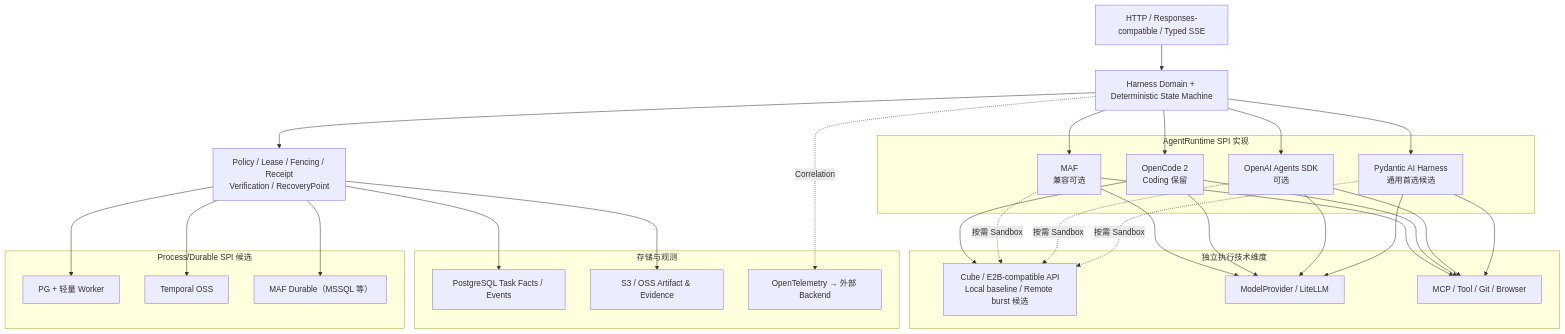
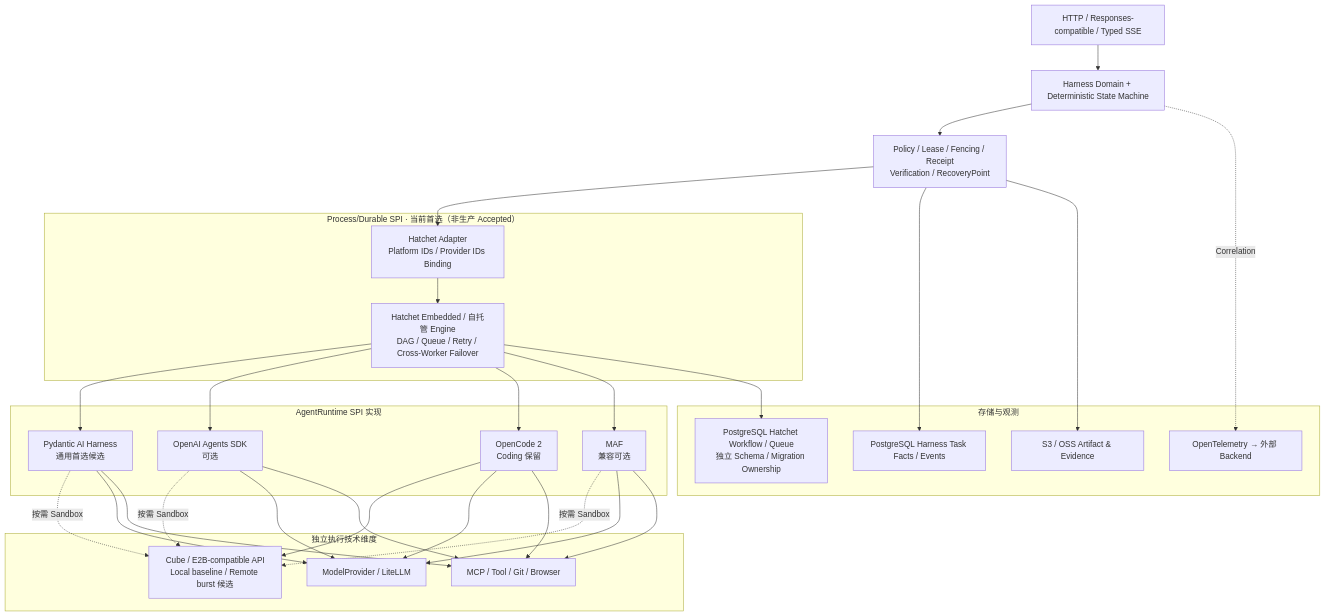
One commit to Bulls1986/Agent-Harness-Platform changed the sixth of 11 diagrams in README.md. Above: the diagram before and after it, drawn with Mermaid. The commit also changed other lines of this file, not shown here.

Commit message:
docs(architecture): align README nine views and durable design to Hatchet; exclude DBOS

````diff
--- a/README.md
+++ b/README.md
@@ -304,37 +310,37 @@
 ```mermaid
 flowchart TB
   HTTP["HTTP / Responses-compatible / Typed SSE"]
   K["Harness Domain + Deterministic State Machine"]
   POLICY["Policy / Lease / Fencing / Receipt\nVerification / RecoveryPoint"]
   subgraph AG["AgentRuntime SPI 实现"]
     PY["Pydantic AI Harness\n通用首选候选"]
     OAI["OpenAI Agents SDK\n可选"]
     OC["OpenCode 2\nCoding 保留"]
     MAF["MAF\n兼容可选"]
   end
-  subgraph PROC["Process/Durable SPI 候选"]
-    PGW["PG + 轻量 Worker"]
-    TEMP["Temporal OSS"]
-    MAFD["MAF Durable（MSSQL 等）"]
+  subgraph PROC["Process/Durable SPI · 当前首选（非生产 Accepted）"]
+    HA["Hatchet Adapter\nPlatform IDs / Provider IDs Binding"]
+    HE["Hatchet Embedded / 自托管 Engine\nDAG / Queue / Retry / Cross-Worker Failover"]
   end
   subgraph EXEC["独立执行技术维度"]
     CUBE["Cube / E2B-compatible API\nLocal baseline / Remote burst 候选"]
     LLM["ModelProvider / LiteLLM"]
     TOOL["MCP / Tool / Git / Browser"]
   end
   subgraph PERSIST["存储与观测"]
-    PG["PostgreSQL Task Facts / Events"]
+    PG["PostgreSQL Harness Task Facts / Events"]
+    HPG["PostgreSQL Hatchet Workflow / Queue\n独立 Schema / Migration Ownership"]
     S3["S3 / OSS Artifact & Evidence"]
     OT["OpenTelemetry → 外部 Backend"]
   end
   HTTP --> K --> POLICY
-  K --> PY & OAI & OC & MAF
-  POLICY --> PGW & TEMP & MAFD
+  POLICY --> HA --> HE --> PY & OAI & OC & MAF
+  HE --> HPG
   PY -. "按需 Sandbox" .-> CUBE
   OAI -. "按需 Sandbox" .-> CUBE
   MAF -. "按需 Sandbox" .-> CUBE
   OC --> CUBE
   PY & OAI & OC & MAF --> LLM & TOOL
   POLICY --> PG & S3
   K -. "Correlation" .-> OT
 ```
````
